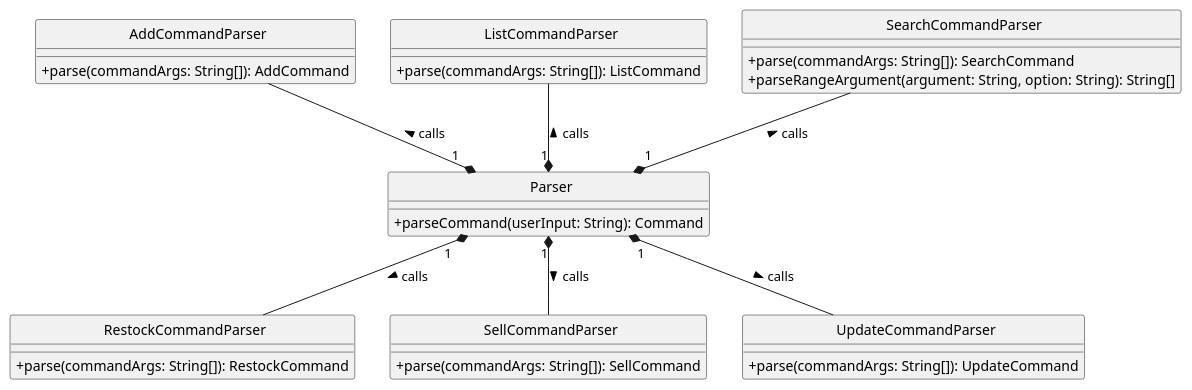
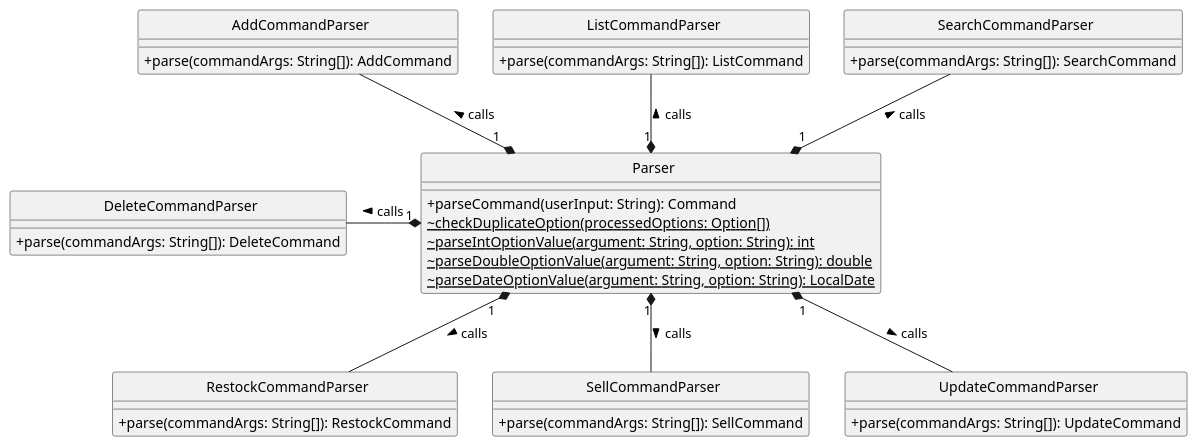
Before and after one commit to AY2324S2-CS2113T-T09-2/tp: the diagram in docs/diagrams/ParserClassDiagram.puml, drawn with PlantUML. The commit also changed 1 other file, not shown here.

Commit message:
Update ParserClassDiagram

```diff
--- a/docs/diagrams/ParserClassDiagram.puml
+++ b/docs/diagrams/ParserClassDiagram.puml
@@ -1,44 +1,53 @@
 @startuml
 
 skinparam classAttributeIconSize 0
 skinparam CircledCharacterFontSize 0
 skinparam CircledCharacterRadius 0
 
 class Parser {
     + parseCommand(userInput: String): Command
+    ~ checkDuplicateOption(processedOptions: Option[]) {static}
+    ~ parseIntOptionValue(argument: String, option: String): int {static}
+    ~ parseDoubleOptionValue(argument: String, option: String): double {static}
+    ~ parseDateOptionValue(argument: String, option: String): LocalDate {static}
 }
 
 class AddCommandParser {
     + parse(commandArgs: String[]): AddCommand
 }
 
 class ListCommandParser {
     + parse(commandArgs: String[]): ListCommand
 }
 
 class RestockCommandParser {
     + parse(commandArgs: String[]): RestockCommand
 }
 
 class SearchCommandParser {
     + parse(commandArgs: String[]): SearchCommand
-    + parseRangeArgument(argument: String, option: String): String[]
 }
 
 class SellCommandParser {
     + parse(commandArgs: String[]): SellCommand
 }
 
 class UpdateCommandParser {
     + parse(commandArgs: String[]): UpdateCommand
 }
 
+class DeleteCommandParser {
+    + parse(commandArgs: String[]): DeleteCommand
+}
+
 AddCommandParser --* "1" Parser : < calls
 SearchCommandParser --* "1" Parser : < calls
 ListCommandParser --* "1" Parser : < calls
 
 Parser "1" *-- RestockCommandParser : > calls
 Parser "1" *-- SellCommandParser : > calls
 Parser "1" *-- UpdateCommandParser : > calls
 
+DeleteCommandParser -r-* "1" Parser : < calls
+
 @enduml
```
